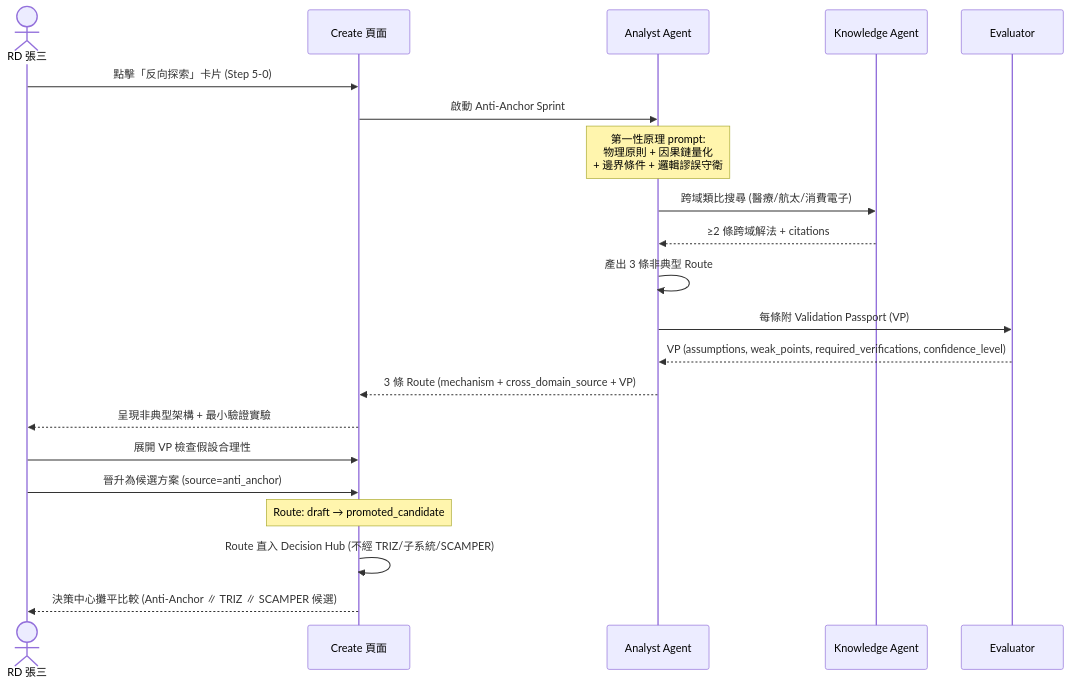
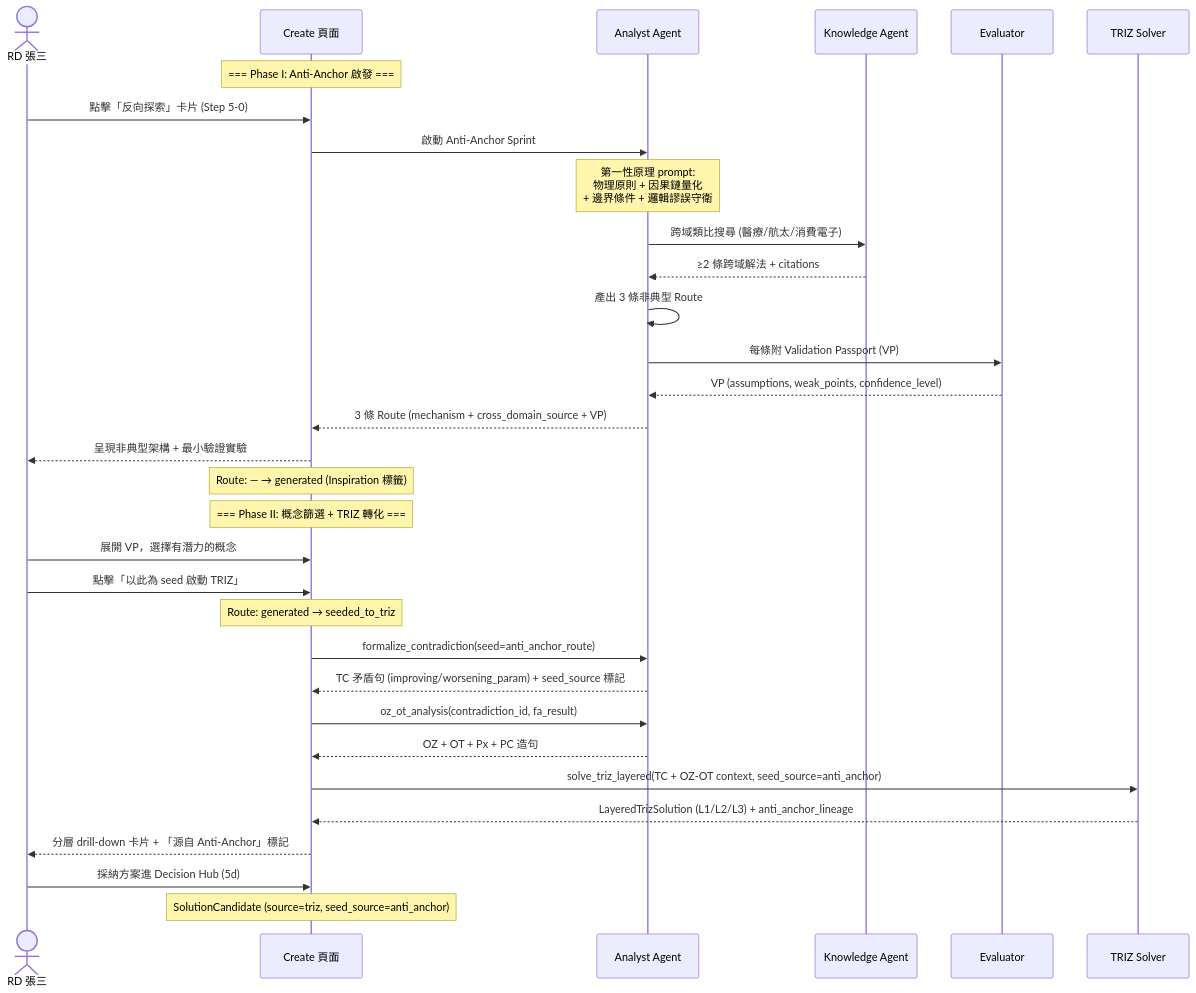
Before and after one commit to Zenobia0000/RD_copilot_system: the third of 5 diagrams in docs/01-define/E3--system-interaction-flow.md, drawn with Mermaid. The commit also changed other lines of this file and 35 other files, not shown here.

````diff
--- a/docs/01-define/E3--system-interaction-flow.md
+++ b/docs/01-define/E3--system-interaction-flow.md
@@ -157,28 +166,42 @@
 ```mermaid
 sequenceDiagram
     actor RD as RD 張三
     participant UI as Create 頁面
     participant AA as Analyst Agent
     participant KB as Knowledge Agent
     participant EV as Evaluator
+    participant TS as TRIZ Solver
 
+    Note over UI: === Phase I: Anti-Anchor 啟發 ===
     RD->>UI: 點擊「反向探索」卡片 (Step 5-0)
     UI->>AA: 啟動 Anti-Anchor Sprint
     Note over AA: 第一性原理 prompt:<br/>物理原則 + 因果鏈量化<br/>+ 邊界條件 + 邏輯謬誤守衛
 
     AA->>KB: 跨域類比搜尋 (醫療/航太/消費電子)
     KB-->>AA: ≥2 條跨域解法 + citations
     AA->>AA: 產出 3 條非典型 Route
     AA->>EV: 每條附 Validation Passport (VP)
-    EV-->>AA: VP (assumptions, weak_points, required_verifications, confidence_level)
+    EV-->>AA: VP (assumptions, weak_points, confidence_level)
 
     AA-->>UI: 3 條 Route (mechanism + cross_domain_source + VP)
     UI-->>RD: 呈現非典型架構 + 最小驗證實驗
+    Note over UI: Route: — → generated (Inspiration 標籤)
 
-    RD->>UI: 展開 VP 檢查假設合理性
-    RD->>UI: 晉升為候選方案 (source=anti_anchor)
-    Note over UI: Route: draft → promoted_candidate
+    Note over UI: === Phase II: 概念篩選 + TRIZ 轉化 ===
+    RD->>UI: 展開 VP，選擇有潛力的概念
+    RD->>UI: 點擊「以此為 seed 啟動 TRIZ」
+    Note over UI: Route: generated → seeded_to_triz
 
-    UI->>UI: Route 直入 Decision Hub (不經 TRIZ/子系統/SCAMPER)
-    UI-->>RD: 決策中心攤平比較 (Anti-Anchor ∥ TRIZ ∥ SCAMPER 候選)
+    UI->>AA: formalize_contradiction(seed=anti_anchor_route)
+    AA-->>UI: TC 矛盾句 (improving/worsening_param) + seed_source 標記
+
+    UI->>AA: oz_ot_analysis(contradiction_id, fa_result)
+    AA-->>UI: OZ + OT + Px + PC 造句
+
+    UI->>TS: solve_triz_layered(TC + OZ-OT context, seed_source=anti_anchor)
+    TS-->>UI: LayeredTrizSolution (L1/L2/L3) + anti_anchor_lineage
+    UI-->>RD: 分層 drill-down 卡片 + 「源自 Anti-Anchor」標記
+
+    RD->>UI: 採納方案進 Decision Hub (5d)
+    Note over UI: SolutionCandidate (source=triz, seed_source=anti_anchor)
 ```
````
